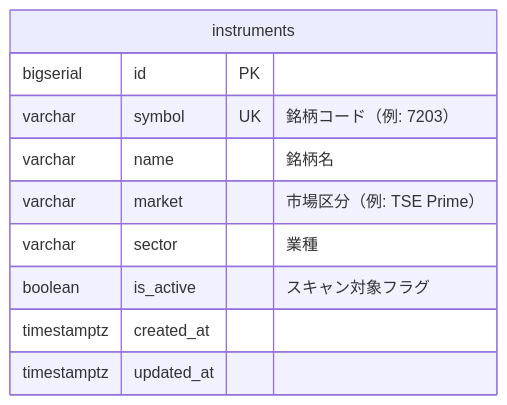
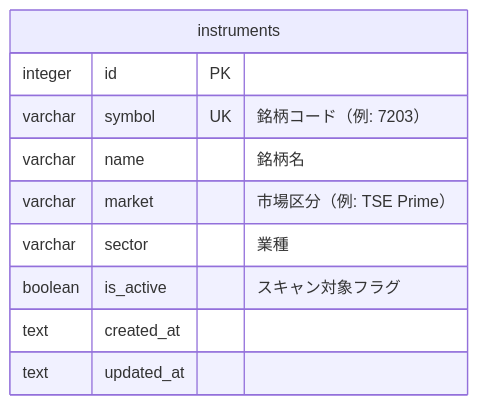
Before and after one commit to ousiassllc/pitha-trador: the second of 12 diagrams in docs/architecture/er.md, drawn with Mermaid. The commit also changed other lines of this file and 5 other files, not shown here.

````diff
--- a/docs/architecture/er.md
+++ b/docs/architecture/er.md
@@ -27,13 +40,13 @@
 ```mermaid
 erDiagram
     instruments {
-        bigserial id PK
+        integer id PK
         varchar symbol UK "銘柄コード（例: 7203）"
         varchar name "銘柄名"
         varchar market "市場区分（例: TSE Prime）"
         varchar sector "業種"
         boolean is_active "スキャン対象フラグ"
-        timestamptz created_at
-        timestamptz updated_at
+        text created_at
+        text updated_at
     }
 ```
````
